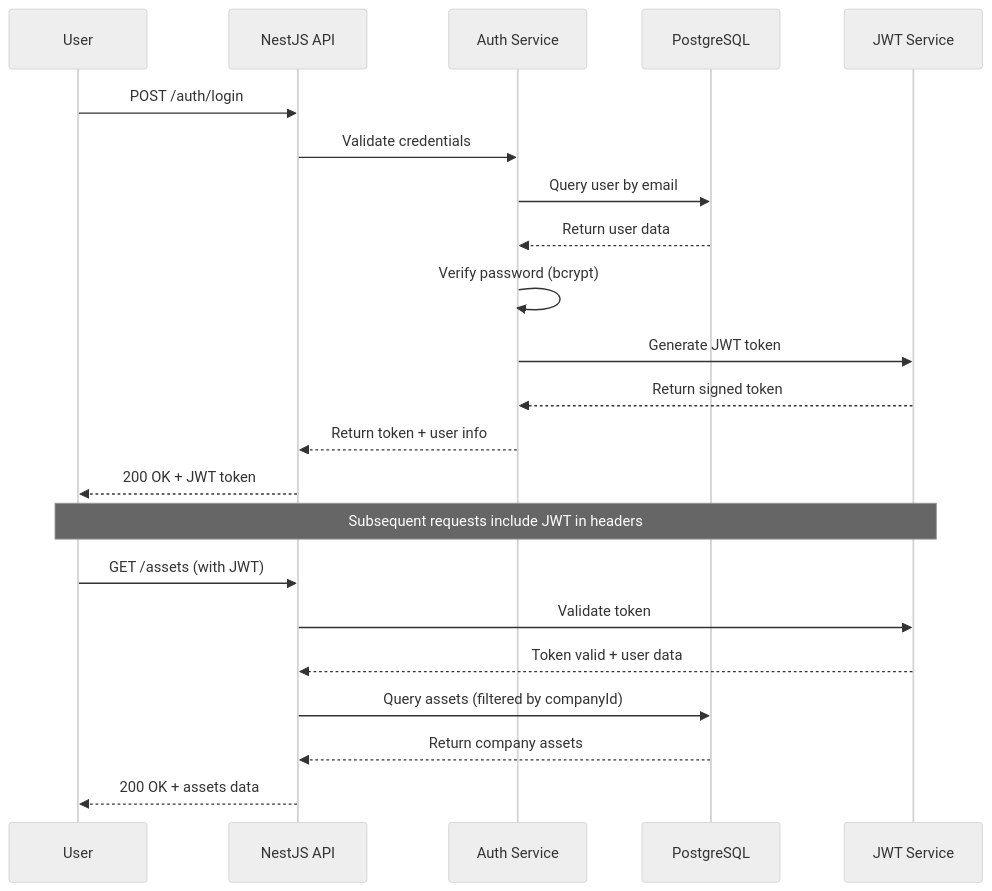
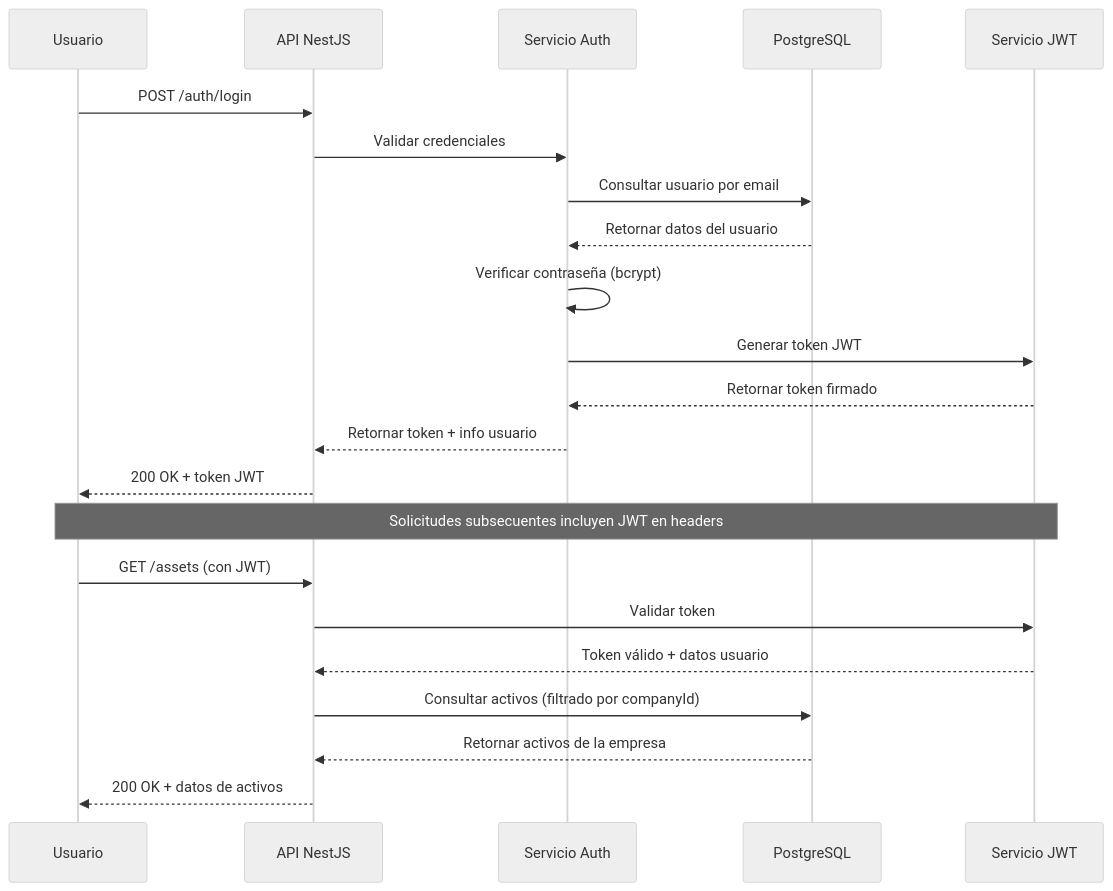
One commit to marceloemmott-dev/emmott-asset-platform-backend changed the second of 4 diagrams in README.md. Above: the diagram before and after it, drawn with Mermaid (neutral theme). The commit also changed other lines of this file and 1 other file, not shown here.

````diff
--- a/README.md
+++ b/README.md
@@ -163,27 +157,27 @@
 ```mermaid
 sequenceDiagram
-    participant User
-    participant API as NestJS API
-    participant Auth as Auth Service
+    participant User as Usuario
+    participant API as API NestJS
+    participant Auth as Servicio Auth
     participant DB as PostgreSQL
-    participant JWT as JWT Service
+    participant JWT as Servicio JWT
 
     User->>API: POST /auth/login
-    API->>Auth: Validate credentials
-    Auth->>DB: Query user by email
-    DB-->>Auth: Return user data
-    Auth->>Auth: Verify password (bcrypt)
-    Auth->>JWT: Generate JWT token
-    JWT-->>Auth: Return signed token
-    Auth-->>API: Return token + user info
-    API-->>User: 200 OK + JWT token
+    API->>Auth: Validar credenciales
+    Auth->>DB: Consultar usuario por email
+    DB-->>Auth: Retornar datos del usuario
+    Auth->>Auth: Verificar contraseña (bcrypt)
+    Auth->>JWT: Generar token JWT
+    JWT-->>Auth: Retornar token firmado
+    Auth-->>API: Retornar token + info usuario
+    API-->>User: 200 OK + token JWT
     
-    Note over User,JWT: Subsequent requests include JWT in headers
+    Note over User,JWT: Solicitudes subsecuentes incluyen JWT en headers
     
-    User->>API: GET /assets (with JWT)
-    API->>JWT: Validate token
-    JWT-->>API: Token valid + user data
-    API->>DB: Query assets (filtered by companyId)
-    DB-->>API: Return company assets
-    API-->>User: 200 OK + assets data
+    User->>API: GET /assets (con JWT)
+    API->>JWT: Validar token
+    JWT-->>API: Token válido + datos usuario
+    API->>DB: Consultar activos (filtrado por companyId)
+    DB-->>API: Retornar activos de la empresa
+    API-->>User: 200 OK + datos de activos
 ```
````
